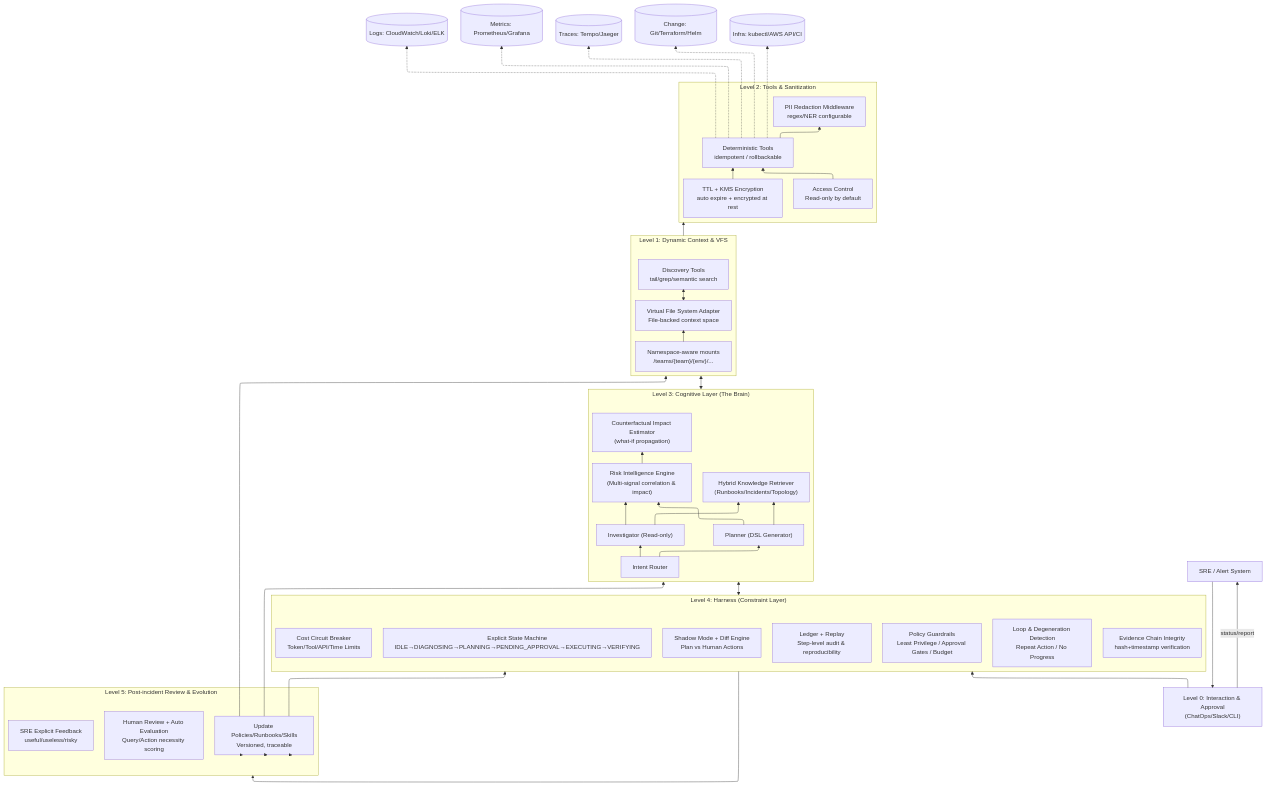
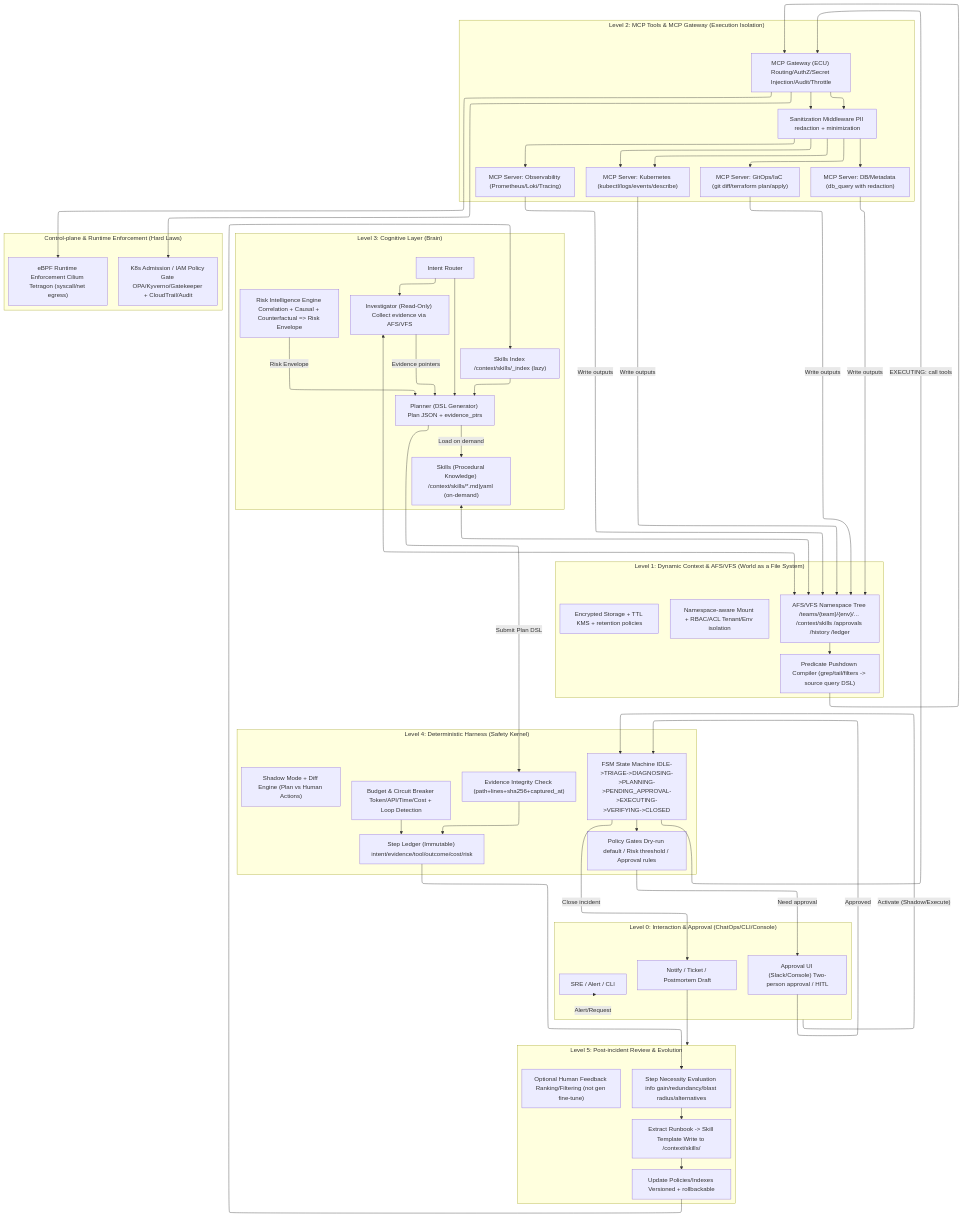
Before and after one commit to AstroMen/AstroMen.github.io: the first of 2 diagrams in _posts/2026-01-28-Aegis_A_Trustworthy_File_System_Based_Agentic_Operator_for_Cloud_Infrastructure-CN.md, drawn with Mermaid. The commit also changed other lines of this file, not shown here.

````diff
--- a/_posts/2026-01-28-Aegis_A_Trustworthy_File_System_Based_Agentic_Operator_for_Cloud_Infrastructure-CN.md
+++ b/_posts/2026-01-28-Aegis_A_Trustworthy_File_System_Based_Agentic_Operator_for_Cloud_Infrastructure-CN.md
@@ -67,57 +151,85 @@
 config:
   layout: elk
 ---
-flowchart BT
- subgraph L4["Level 4: Harness (Constraint Layer)"]
-        SM["Explicit State Machine<br>IDLE→DIAGNOSING→PLANNING→PENDING_APPROVAL→EXECUTING→VERIFYING"]
-        Guard["Policy Guardrails<br>Least Privilege / Approval Gates / Budget"]
-        Budget["Cost Circuit Breaker<br>Token/Tool/API/Time Limits"]
-        Loop["Loop &amp; Degeneration Detection<br>Repeat Action / No Progress"]
-        Integrity["Evidence Chain Integrity<br>hash+timestamp verification"]
-        Shadow["Shadow Mode + Diff Engine<br>Plan vs Human Actions"]
-        Replay["Ledger + Replay<br>Step-level audit &amp; reproducibility"]
-  end
- subgraph L3["Level 3: Cognitive Layer (The Brain)"]
-        Router["Intent Router"]
-        Inv["Investigator (Read-only)"]
-        Plan["Planner (DSL Generator)"]
-        Risk["Risk Intelligence Engine<br>(Multi-signal correlation &amp; impact)"]
-        CF["Counterfactual Impact Estimator<br>(what-if propagation)"]
-        KR["Hybrid Knowledge Retriever<br>(Runbooks/Incidents/Topology)"]
-  end
- subgraph L1["Level 1: Dynamic Context & VFS"]
-        NS["Namespace-aware mounts<br>/teams/{team}/{env}/..."]
-        VFS["Virtual File System Adapter<br>File-backed context space"]
-        IDX["Discovery Tools<br>tail/grep/semantic search"]
-  end
- subgraph L2["Level 2: Tools & Sanitization"]
-        Tools["Deterministic Tools<br>idempotent / rollbackable"]
-        PII["PII Redaction Middleware<br>regex/NER configurable"]
-        ACL["Access Control<br>Read-only by default"]
-        TTL["TTL + KMS Encryption<br>auto expire + encrypted at rest"]
-  end
- subgraph L5["Level 5: Post-incident Review & Evolution"]
-        Review["Human Review + Auto Evaluation<br>Query/Action necessity scoring"]
-        Feedback["SRE Explicit Feedback<br>useful/useless/risky"]
-        Update["Update Policies/Runbooks/Skills<br>Versioned, traceable"]
-  end
-    User["SRE / Alert System"] --> L0["Level 0: Interaction &amp; Approval<br>(ChatOps/Slack/CLI)"]
-    L0 --> L4
-    L4 <--> L3
-    Router --> Inv & Plan
-    Inv --> Risk & KR
-    Plan --> Risk & KR
-    Risk --> CF
-    L3 <--> L1
-    VFS <--> IDX
-    NS --> VFS
-    L1 --> L2
-    Tools --> PII
-    ACL --> Tools
-    TTL --> Tools
-    Tools -.-> Logs[("Logs: CloudWatch/Loki/ELK")] & Metrics[("Metrics: Prometheus/Grafana")] & Traces[("Traces: Tempo/Jaeger")] & Change[("Change: Git/Terraform/Helm")] & Infra[("Infra: kubectl/AWS API/CI")]
-    L4 --> L5
-    L0 -- status/report --> User
-    L5 --> Update & Update & Update
-    Update --> L4 & L3 & L1
+graph TD
+    subgraph L0["Level 0: Interaction & Approval (ChatOps/CLI/Console)"]
+      U["SRE / Alert / CLI"]
+      AP["Approval UI (Slack/Console) Two-person approval / HITL"]
+      NTF["Notify / Ticket / Postmortem Draft"]
+    end
+    subgraph L4["Level 4: Deterministic Harness (Safety Kernel)"]
+      FSM["FSM State Machine IDLE->TRIAGE->DIAGNOSING->PLANNING->PENDING_APPROVAL->EXECUTING->VERIFYING->CLOSED"]
+      BUD["Budget & Circuit Breaker Token/API/Time/Cost + Loop Detection"]
+      EVCHK["Evidence Integrity Check (path+lines+sha256+captured_at)"]
+      LEDGER["Step Ledger (Immutable) intent/evidence/tool/outcome/cost/risk"]
+      SHADOW["Shadow Mode + Diff Engine (Plan vs Human Actions)"]
+      GATE["Policy Gates Dry-run default / Risk threshold / Approval rules"]
+    end
+    subgraph L3["Level 3: Cognitive Layer (Brain)"]
+      ROUTER["Intent Router"]
+      INV["Investigator (Read-Only) Collect evidence via AFS/VFS"]
+      PLAN["Planner (DSL Generator) Plan JSON + evidence_ptrs"]
+      RISK["Risk Intelligence Engine Correlation + Causal + Counterfactual => Risk Envelope"]
+      SKIDX["Skills Index /context/skills/_index (lazy)"]
+      SKILL["Skills (Procedural Knowledge) /context/skills/*.md|yaml (on-demand)"]
+    end
+    subgraph L1["Level 1: Dynamic Context & AFS/VFS (World as a File System)"]
+      VFS["AFS/VFS Namespace Tree /teams/{team}/{env}/... /context/skills /approvals /history /ledger"]
+      PUSH["Predicate Pushdown Compiler (grep/tail/filters -> source query DSL)"]
+      NS["Namespace-aware Mount + RBAC/ACL Tenant/Env isolation"]
+      STORE["Encrypted Storage + TTL KMS + retention policies"]
+    end
+    subgraph L2["Level 2: MCP Tools & MCP Gateway (Execution Isolation)"]
+      GW["MCP Gateway (ECU) Routing/AuthZ/Secret Injection/Audit/Throttle"]
+      SAN["Sanitization Middleware PII redaction + minimization"]
+      MCPK8S["MCP Server: Kubernetes (kubectl/logs/events/describe)"]
+      MCPMON["MCP Server: Observability (Prometheus/Loki/Tracing)"]
+      MCPGIT["MCP Server: GitOps/IaC (git diff/terraform plan/apply)"]
+      MCPDB["MCP Server: DB/Metadata (db_query with redaction)"]
+    end
+    subgraph ENF["Control-plane & Runtime Enforcement (Hard Laws)"]
+      CP["K8s Admission / IAM Policy Gate OPA/Kyverno/Gatekeeper + CloudTrail/Audit"]
+      EBPF["eBPF Runtime Enforcement Cilium Tetragon (syscall/net egress)"]
+    end
+    subgraph L5["Level 5: Post-incident Review & Evolution"]
+      EVAL["Step Necessity Evaluation info gain/redundancy/blast radius/alternatives"]
+      EXTRACT["Extract Runbook -> Skill Template Write to /context/skills/"]
+      UPDATE["Update Policies/Indexes Versioned + rollbackable"]
+      FEED["Optional Human Feedback Ranking/Filtering (not gen fine-tune)"]
+    end
+    U -->|Alert/Request| L0
+    L0 -->|"Activate (Shadow/Execute)"| FSM
+
+    ROUTER --> INV
+    ROUTER --> PLAN
+    INV <--> VFS
+    SKIDX --> PLAN
+    PLAN -->|Load on demand| SKILL
+    SKILL <--> VFS
+    INV -->|Evidence pointers| PLAN
+    RISK -->|Risk Envelope| PLAN
+    FSM --> GATE
+    GATE -->|Need approval| AP
+    AP -->|Approved| FSM
+    PLAN -->|Submit Plan DSL| EVCHK
+    EVCHK --> LEDGER
+    BUD --> LEDGER
+    VFS --> PUSH --> GW
+    GW --> SAN
+    SAN --> MCPMON
+    SAN --> MCPK8S
+    FSM -->|EXECUTING: call tools| GW
+    GW --> SAN
+    SAN --> MCPGIT
+    SAN --> MCPK8S
+    SAN --> MCPDB
+    MCPMON -->|Write outputs| VFS
+    MCPK8S -->|Write outputs| VFS
+    MCPGIT -->|Write outputs| VFS
+    MCPDB -->|Write outputs| VFS
+    GW --> CP
+    GW --> EBPF
+    LEDGER --> EVAL --> EXTRACT --> UPDATE --> SKIDX
+    FSM -->|Close incident| NTF
+    NTF --> L5
 ```
````
